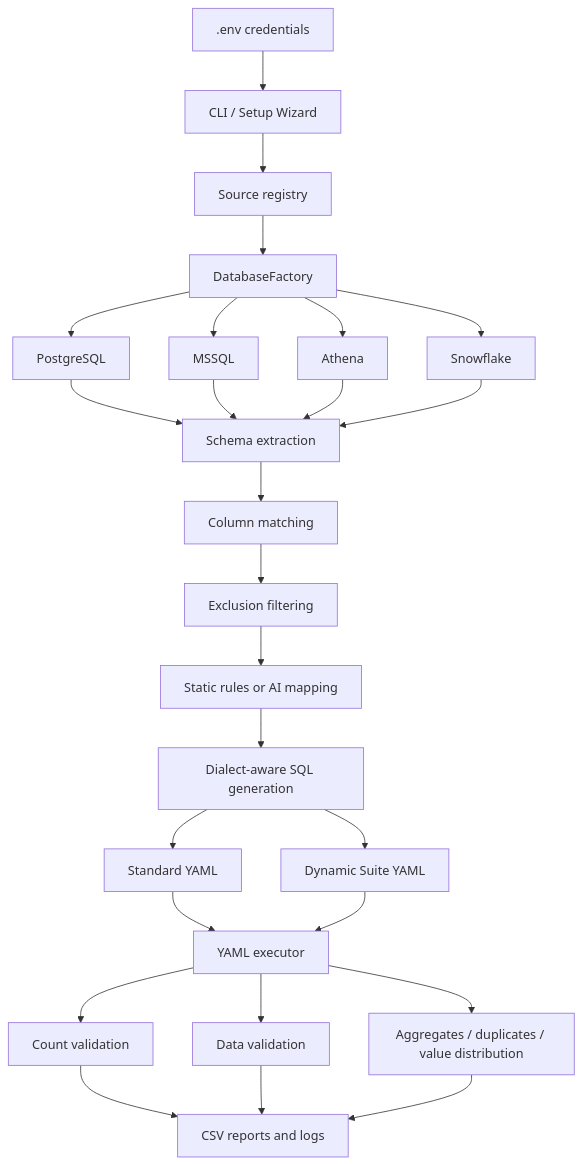
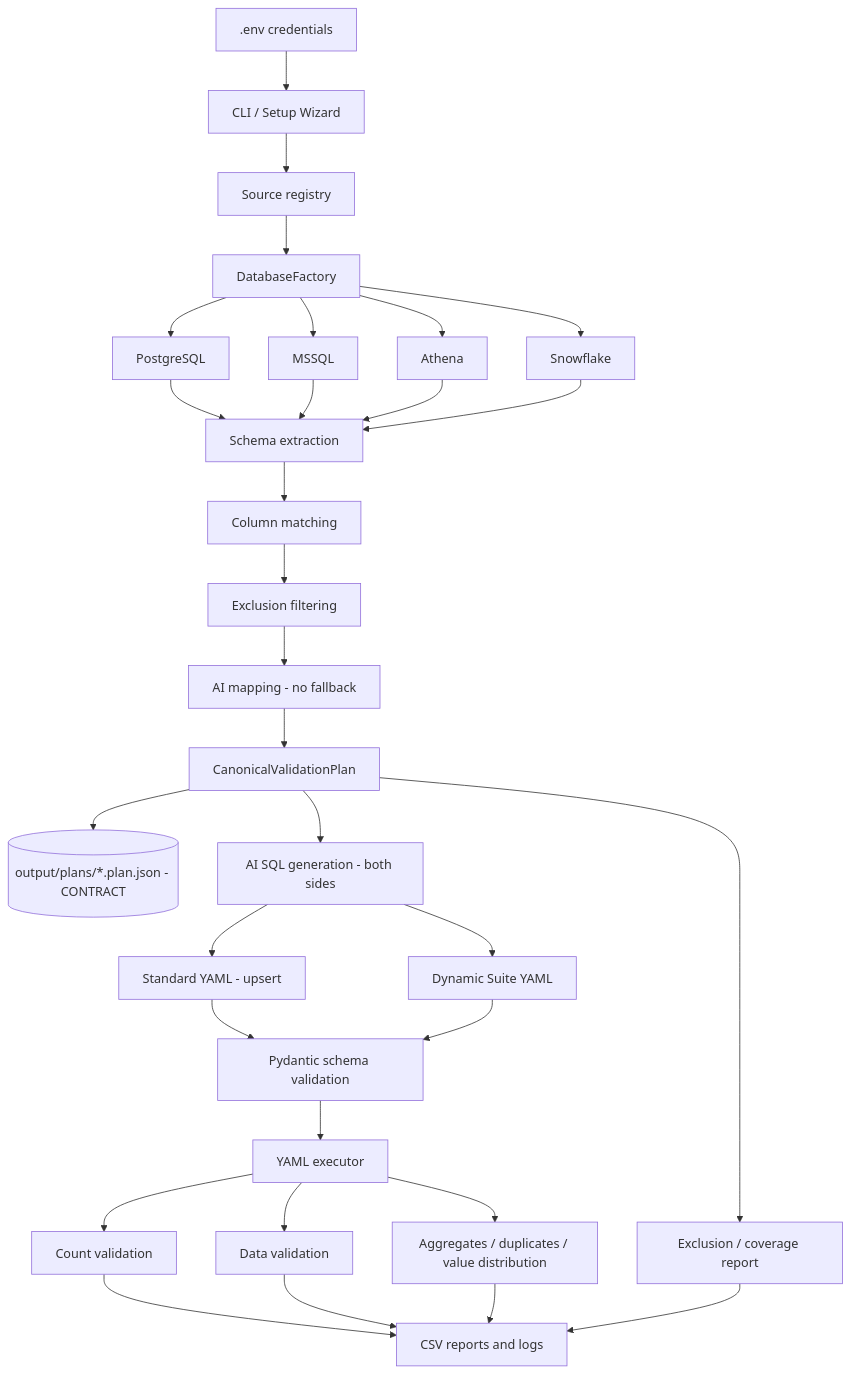
One commit to ganeshrustummane-eng/GenAI-POC changed the diagram in Migration-validator/docs3.1/HANDOVER_GUIDE.md. Above: the diagram before and after it, drawn with Mermaid. The commit also changed other lines of this file and 73 other files, not shown here.

````diff
--- a/Migration-validator/docs3.1/HANDOVER_GUIDE.md
+++ b/Migration-validator/docs3.1/HANDOVER_GUIDE.md
@@ -29,31 +29,36 @@
 ```mermaid
 flowchart TD
     A[.env credentials] --> B[CLI / Setup Wizard]
     B --> C[Source registry]
     C --> D[DatabaseFactory]
     D --> E[PostgreSQL]
     D --> F[MSSQL]
     D --> G[Athena]
     D --> H[Snowflake]
 
     E --> I[Schema extraction]
     F --> I
     G --> I
     H --> I
 
     I --> J[Column matching]
     J --> K[Exclusion filtering]
-    K --> L[Static rules or AI mapping]
-    L --> M[Dialect-aware SQL generation]
-    M --> N[Standard YAML]
+    K --> L[AI mapping - no fallback]
+    L --> PL[CanonicalValidationPlan]
+    PL --> PJ[(output/plans/*.plan.json - CONTRACT)]
+    PL --> XR[Exclusion / coverage report]
+    PL --> M[AI SQL generation - both sides]
+    M --> N[Standard YAML - upsert]
     M --> O[Dynamic Suite YAML]
 
-    N --> P[YAML executor]
-    O --> P
+    N --> SV[Pydantic schema validation]
+    O --> SV
+    SV --> P[YAML executor]
     P --> Q[Count validation]
     P --> R[Data validation]
     P --> S[Aggregates / duplicates / value distribution]
     Q --> T[CSV reports and logs]
     R --> T
     S --> T
+    XR --> T
 ```
````
